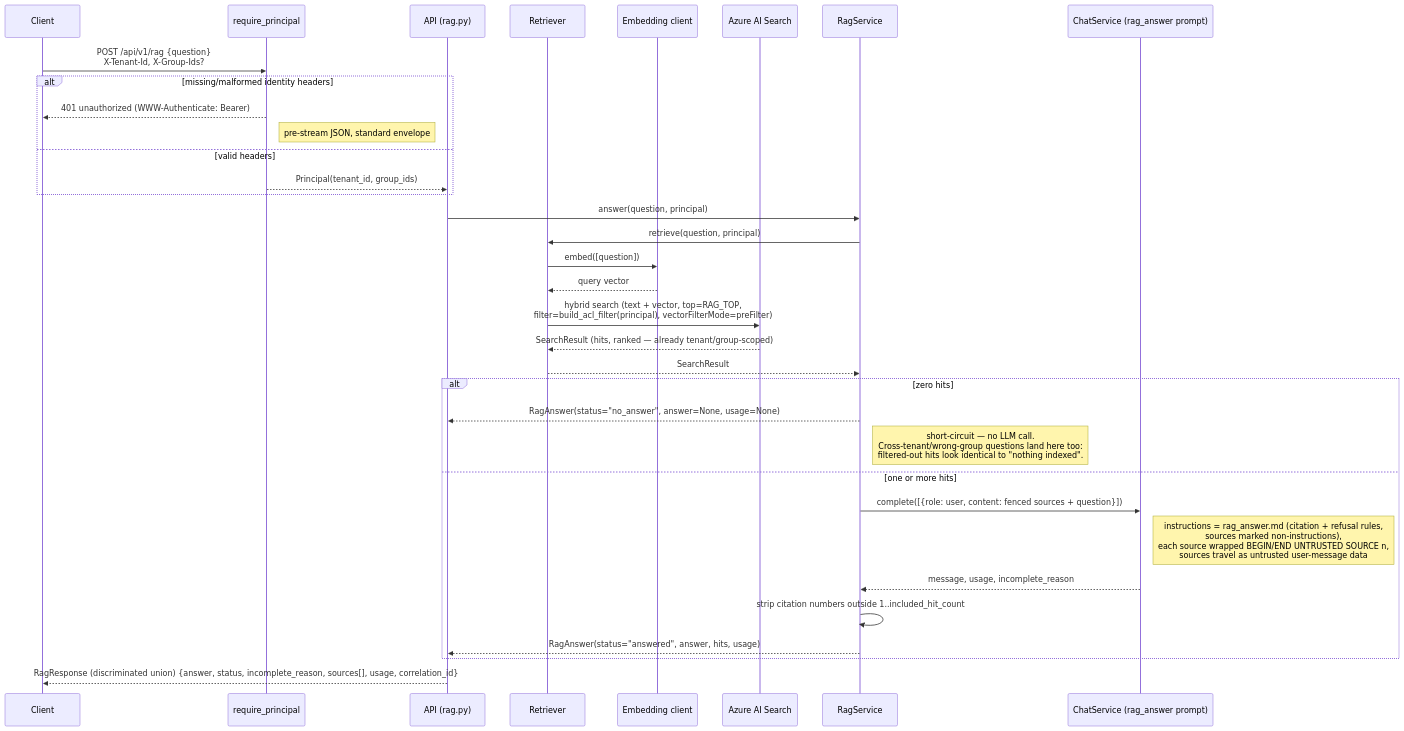
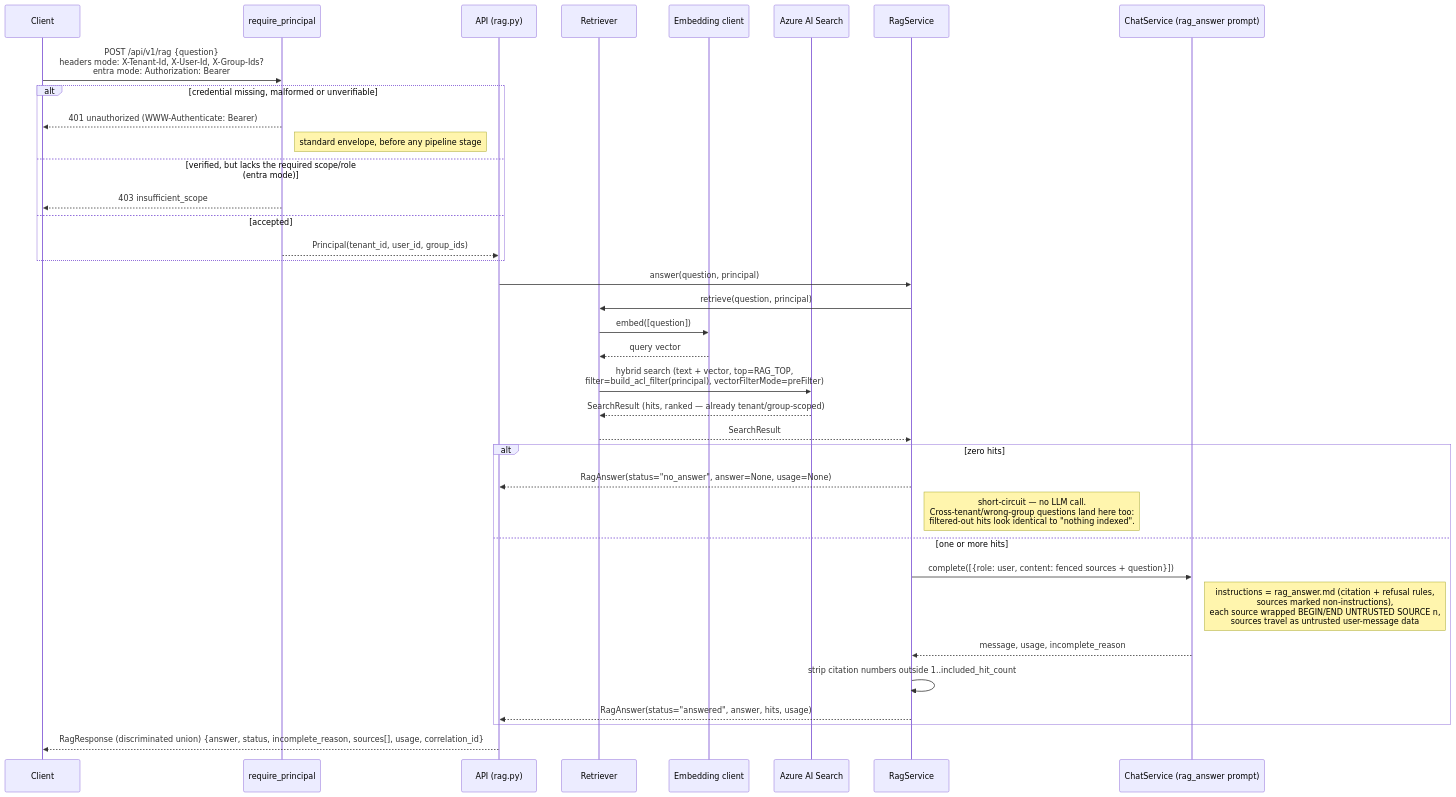
One commit to kehao-playground/azure-genai-backend-lab changed the diagram in docs/diagrams/rag-query-sequence.md. Above: the diagram before and after it, drawn with Mermaid. The commit also changed other lines of this file and 10 other files, not shown here.

````diff
--- a/docs/diagrams/rag-query-sequence.md
+++ b/docs/diagrams/rag-query-sequence.md
@@ -8,39 +16,41 @@
 ```mermaid
 sequenceDiagram
     participant Client
     participant Dep as require_principal
     participant API as API (rag.py)
     participant Retriever
     participant Embed as Embedding client
     participant Search as Azure AI Search
     participant RagService
     participant Chat as ChatService (rag_answer prompt)
 
-    Client->>Dep: POST /api/v1/rag {question}<br/>X-Tenant-Id, X-Group-Ids?
-    alt missing/malformed identity headers
+    Client->>Dep: POST /api/v1/rag {question}<br/>headers mode: X-Tenant-Id, X-User-Id, X-Group-Ids?<br/>entra mode: Authorization: Bearer
+    alt credential missing, malformed or unverifiable
         Dep-->>Client: 401 unauthorized (WWW-Authenticate: Bearer)
-        Note right of Dep: pre-stream JSON, standard envelope
-    else valid headers
-        Dep-->>API: Principal(tenant_id, group_ids)
+        Note right of Dep: standard envelope, before any pipeline stage
+    else verified, but lacks the required scope/role (entra mode)
+        Dep-->>Client: 403 insufficient_scope
+    else accepted
+        Dep-->>API: Principal(tenant_id, user_id, group_ids)
     end
     API->>RagService: answer(question, principal)
     RagService->>Retriever: retrieve(question, principal)
     Retriever->>Embed: embed([question])
     Embed-->>Retriever: query vector
     Retriever->>Search: hybrid search (text + vector, top=RAG_TOP,<br/>filter=build_acl_filter(principal), vectorFilterMode=preFilter)
     Search-->>Retriever: SearchResult (hits, ranked — already tenant/group-scoped)
     Retriever-->>RagService: SearchResult
 
     alt zero hits
         RagService-->>API: RagAnswer(status="no_answer", answer=None, usage=None)
         Note right of RagService: short-circuit — no LLM call.<br/>Cross-tenant/wrong-group questions land here too:<br/>filtered-out hits look identical to "nothing indexed".
     else one or more hits
         RagService->>Chat: complete([{role: user, content: fenced sources + question}])
         Note right of Chat: instructions = rag_answer.md (citation + refusal rules,<br/>sources marked non-instructions),<br/>each source wrapped BEGIN/END UNTRUSTED SOURCE n,<br/>sources travel as untrusted user-message data
         Chat-->>RagService: message, usage, incomplete_reason
         RagService->>RagService: strip citation numbers outside 1..included_hit_count
         RagService-->>API: RagAnswer(status="answered", answer, hits, usage)
     end
 
     API-->>Client: RagResponse (discriminated union) {answer, status, incomplete_reason, sources[], usage, correlation_id}
 ```
````
